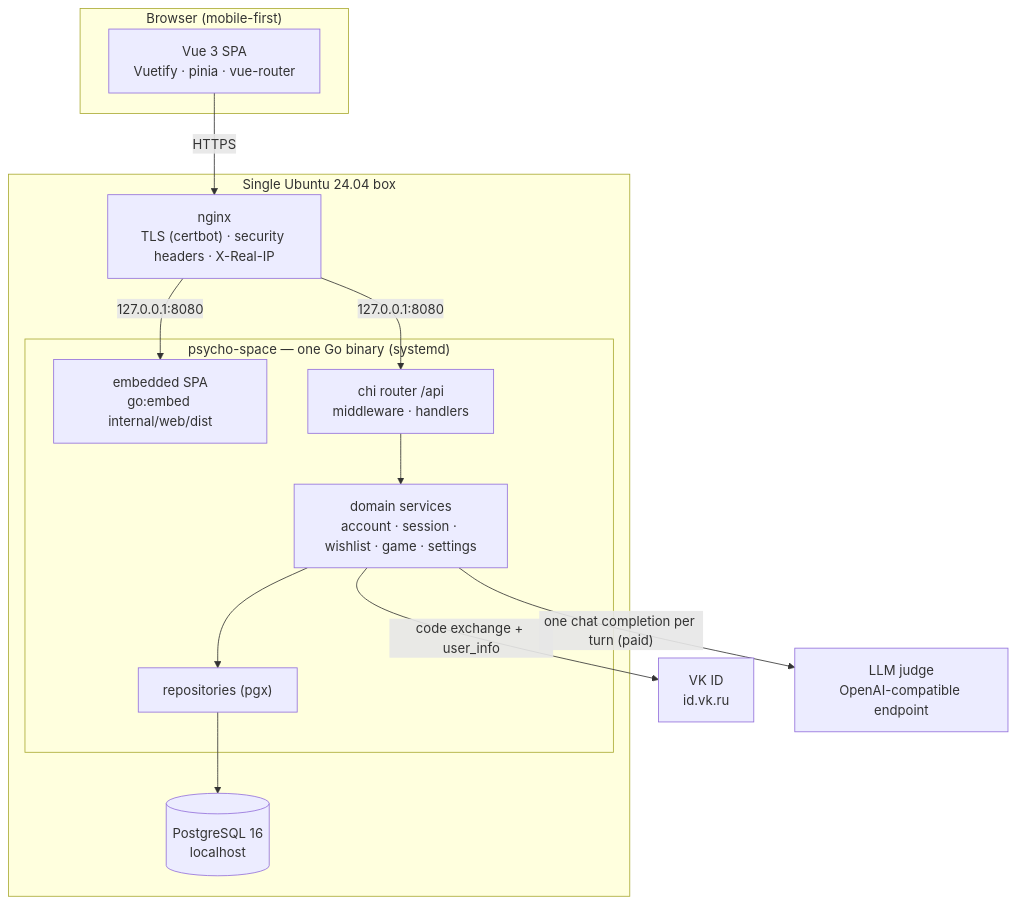
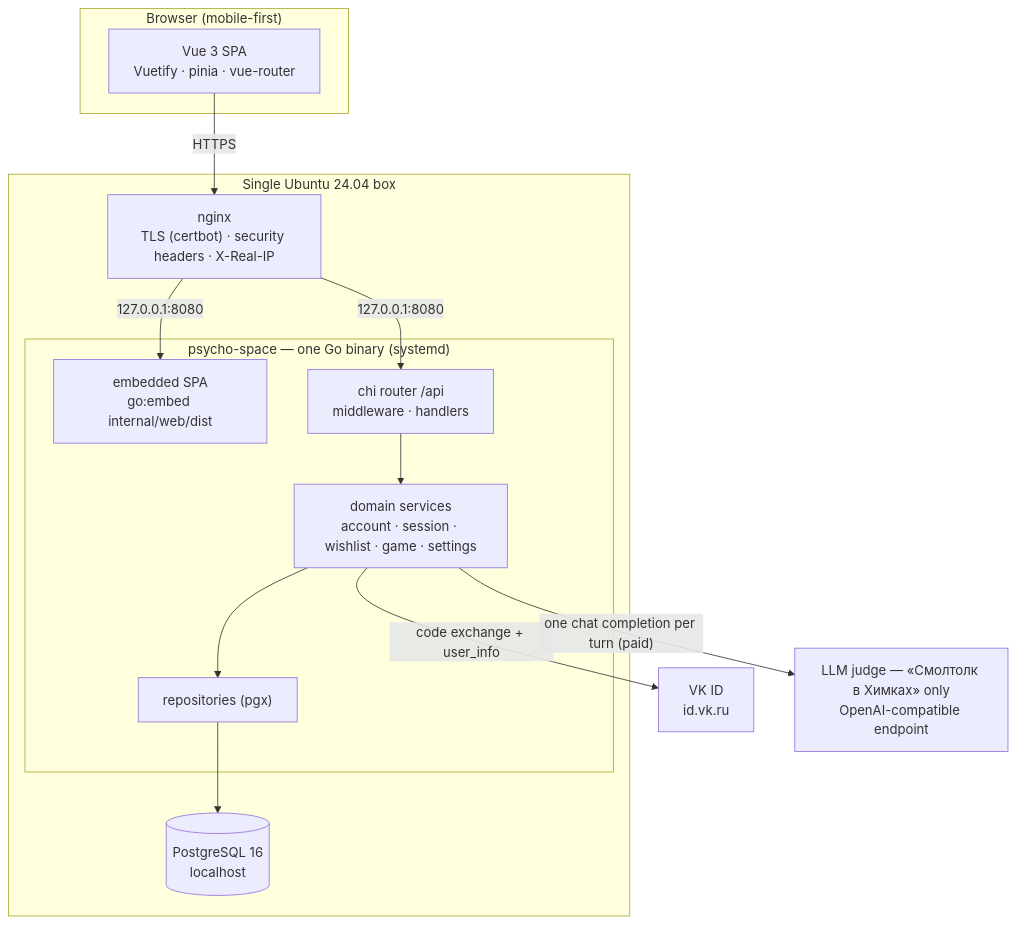
The first of 8 diagrams in docs/ARCHITECTURE.md (SergeyZSpb/psycho-space), drawn with Mermaid before and after one commit. The commit also changed other lines of this file and 1 other file, not shown here.

````diff
--- a/docs/ARCHITECTURE.md
+++ b/docs/ARCHITECTURE.md
@@ -24,27 +24,27 @@
 ```mermaid
 flowchart TB
     subgraph client["Browser (mobile-first)"]
         SPA["Vue 3 SPA<br/>Vuetify · pinia · vue-router"]
     end
 
     subgraph box["Single Ubuntu 24.04 box"]
         NGINX["nginx<br/>TLS (certbot) · security headers · X-Real-IP"]
         subgraph bin["psycho-space — one Go binary (systemd)"]
             EMBED["embedded SPA<br/>go:embed internal/web/dist"]
             API["chi router /api<br/>middleware · handlers"]
             DOM["domain services<br/>account · session · wishlist · game · settings"]
             REPO["repositories (pgx)"]
         end
         PG[("PostgreSQL 16<br/>localhost")]
     end
 
     VK["VK ID<br/>id.vk.ru"]
-    LLM["LLM judge<br/>OpenAI-compatible endpoint"]
+    LLM["LLM judge — «Смолтолк в Химках» only<br/>OpenAI-compatible endpoint"]
 
     SPA -- HTTPS --> NGINX
     NGINX -- "127.0.0.1:8080" --> EMBED
     NGINX -- "127.0.0.1:8080" --> API
     API --> DOM --> REPO --> PG
     DOM -- "code exchange + user_info" --> VK
     DOM -- "one chat completion per turn (paid)" --> LLM
 ```
````
